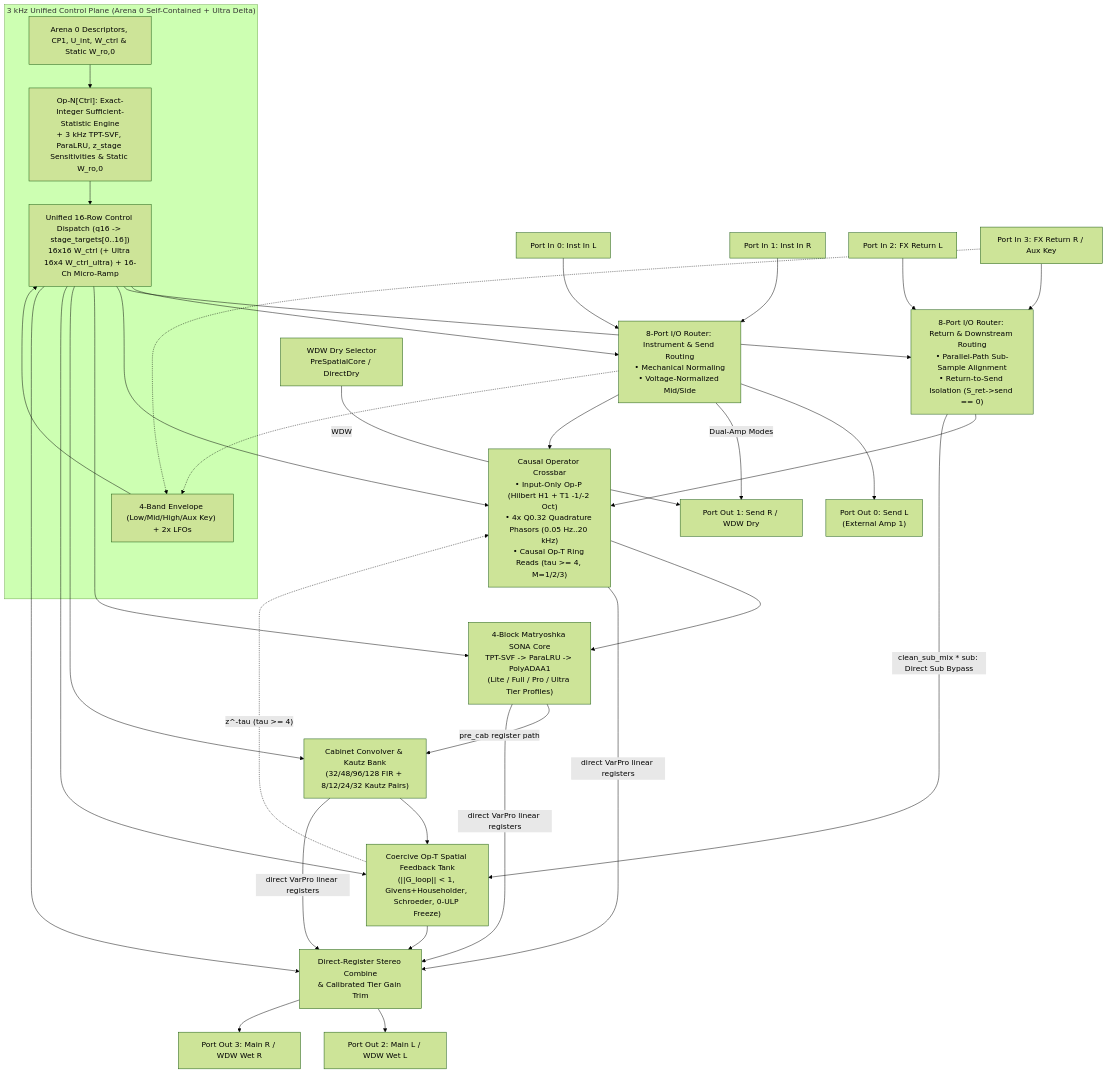
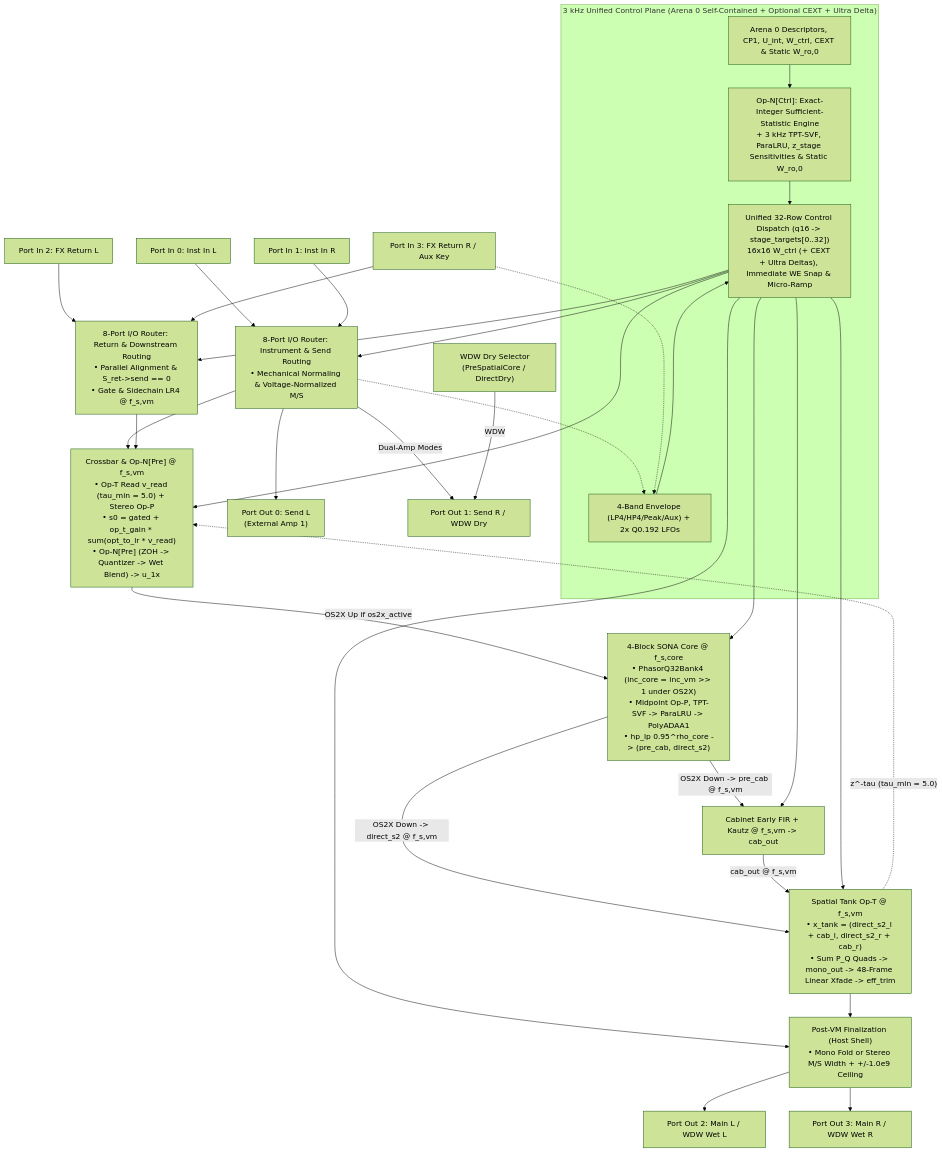
One commit to mokugen/dnam changed the diagram in docs/specs/dsp/router_and_crossbar_topology.md. Above: the diagram before and after it, drawn with Mermaid (forest theme). The commit also changed other lines of this file and 11 other files, not shown here.

Commit message:
docs(specs): finalize SONA v3.0 VM DSP, ControlBus, and WebGPU clean-room specs (M6)

````diff
--- a/docs/specs/dsp/router_and_crossbar_topology.md
+++ b/docs/specs/dsp/router_and_crossbar_topology.md
@@ -38,30 +38,29 @@
 ```mermaid
 flowchart TD
-    subgraph ControlPlaneGroup ["3 kHz Unified Control Plane (Arena 0 Self-Contained + Ultra Delta)"]
-        CtrlSrc["Arena 0 Descriptors, CP1, U_int, W_ctrl & Static W_ro,0"] --> OpN["Op-N[Ctrl]: Exact-Integer Sufficient-Statistic Engine<br/>+ 3 kHz TPT-SVF, ParaLRU, z_stage Sensitivities & Static W_ro,0"]
-        EnvLfo["4-Band Envelope (Low/Mid/High/Aux Key) + 2x LFOs"] --> CtrlDispatch["Unified 16-Row Control Dispatch (q16 -> stage_targets[0..16])<br/>16x16 W_ctrl (+ Ultra 16x4 W_ctrl_ultra) + 16-Ch Micro-Ramp"]
+    subgraph ControlPlaneGroup ["3 kHz Unified Control Plane (Arena 0 Self-Contained + Optional CEXT + Ultra Delta)"]
+        CtrlSrc["Arena 0 Descriptors, CP1, U_int, W_ctrl, CEXT & Static W_ro,0"] --> OpN["Op-N[Ctrl]: Exact-Integer Sufficient-Statistic Engine<br/>+ 3 kHz TPT-SVF, ParaLRU, z_stage Sensitivities & Static W_ro,0"]
+        EnvLfo["4-Band Envelope (LP4/HP4/Peak/Aux) + 2x Q0.192 LFOs"] --> CtrlDispatch["Unified 32-Row Control Dispatch (q16 -> stage_targets[0..32])<br/>16x16 W_ctrl (+ CEXT + Ultra Deltas), Immediate WE Snap & Micro-Ramp"]
         OpN --> CtrlDispatch
     end
 
-    In0["Port In 0: Inst In L"] & In1["Port In 1: Inst In R"] --> PreRouter["8-Port I/O Router: Instrument & Send Routing<br/>• Mechanical Normaling<br/>• Voltage-Normalized Mid/Side"]
-    In2["Port In 2: FX Return L"] & In3["Port In 3: FX Return R / Aux Key"] --> DownRouter["8-Port I/O Router: Return & Downstream Routing<br/>• Parallel-Path Sub-Sample Alignment<br/>• Return-to-Send Isolation (S_ret->send == 0)"]
+    In0["Port In 0: Inst In L"] & In1["Port In 1: Inst In R"] --> PreRouter["8-Port I/O Router: Instrument & Send Routing<br/>• Mechanical Normaling & Voltage-Normalized M/S"]
+    In2["Port In 2: FX Return L"] & In3["Port In 3: FX Return R / Aux Key"] --> DownRouter["8-Port I/O Router: Return & Downstream Routing<br/>• Parallel Alignment & S_ret->send == 0<br/>• Gate & Sidechain LR4 @ f_s,vm"]
     PreRouter & In3 -.-> EnvLfo
 
     PreRouter --> Out0["Port Out 0: Send L<br/>(External Amp 1)"]
     PreRouter -->|"Dual-Amp Modes"| Out1["Port Out 1: Send R / WDW Dry"]
-    DryTap["WDW Dry Selector<br/>PreSpatialCore / DirectDry"] -->|"WDW"| Out1
+    DryTap["WDW Dry Selector<br/>(PreSpatialCore / DirectDry)"] -->|"WDW"| Out1
 
-    PreRouter & DownRouter --> Crossbar["Causal Operator Crossbar<br/>• Input-Only Op-P (Hilbert H1 + T1 -1/-2 Oct)<br/>• 4x Q0.32 Quadrature Phasors (0.05 Hz..20 kHz)<br/>• Causal Op-T Ring Reads (tau >= 4, M=1/2/3)"]
-    Crossbar --> Core["4-Block Matryoshka SONA Core<br/>TPT-SVF -> ParaLRU -> PolyADAA1<br/>(Lite / Full / Pro / Ultra Tier Profiles)"]
-    DownRouter -->|"clean_sub_mix * sub: Direct Sub Bypass"| Tank
-    Core -->|"pre_cab register path"| Cab["Cabinet Convolver & Kautz Bank<br/>(32/48/96/128 FIR + 8/12/24/32 Kautz Pairs)"]
-    Cab --> Tank["Coercive Op-T Spatial Feedback Tank<br/>(||G_loop|| < 1, Givens+Householder, Schroeder, 0-ULP Freeze)"]
+    PreRouter & DownRouter --> Crossbar["Crossbar & Op-N[Pre] @ f_s,vm<br/>• Op-T Read v_read (tau_min = 5.0) + Stereo Op-P<br/>• s0 = gated + op_t_gain * sum(opt_to_lr * v_read)<br/>• Op-N[Pre] (ZOH -> Quantizer -> Wet Blend) -> u_1x"]
+    Crossbar -->|"OS2X Up if os2x_active"| Core["4-Block SONA Core @ f_s,core<br/>• PhasorQ32Bank4 (inc_core = inc_vm >> 1 under OS2X)<br/>• Midpoint Op-P, TPT-SVF -> ParaLRU -> PolyADAA1<br/>• hp_lp 0.95^rho_core -> (pre_cab, direct_s2)"]
+    Core -->|"OS2X Down -> pre_cab @ f_s,vm"| Cab["Cabinet Early FIR + Kautz @ f_s,vm -> cab_out"]
+    Core -->|"OS2X Down -> direct_s2 @ f_s,vm"| Tank["Spatial Tank Op-T @ f_s,vm<br/>• x_tank = (direct_s2_l + cab_l, direct_s2_r + cab_r)<br/>• Sum P_Q Quads -> mono_out -> 48-Frame Linear Xfade -> eff_trim"]
+    Cab -->|"cab_out @ f_s,vm"| Tank
 
     CtrlDispatch --> PreRouter & DownRouter & Crossbar & Core & Cab & Tank & DirectOut
 
-    Crossbar & Core & Cab -->|"direct VarPro linear registers"| DirectOut["Direct-Register Stereo Combine<br/>& Calibrated Tier Gain Trim"]
-    Tank --> DirectOut
-    Tank -. "z^-tau (tau >= 4)" .-> Crossbar
+    Tank --> DirectOut["Post-VM Finalization (Host Shell)<br/>• Mono Fold or Stereo M/S Width + +/-1.0e9 Ceiling"]
+    Tank -. "z^-tau (tau_min = 5.0)" .-> Crossbar
     DirectOut --> Out2["Port Out 2: Main L / WDW Wet L"]
     DirectOut --> Out3["Port Out 3: Main R / WDW Wet R"]
 ```
````
